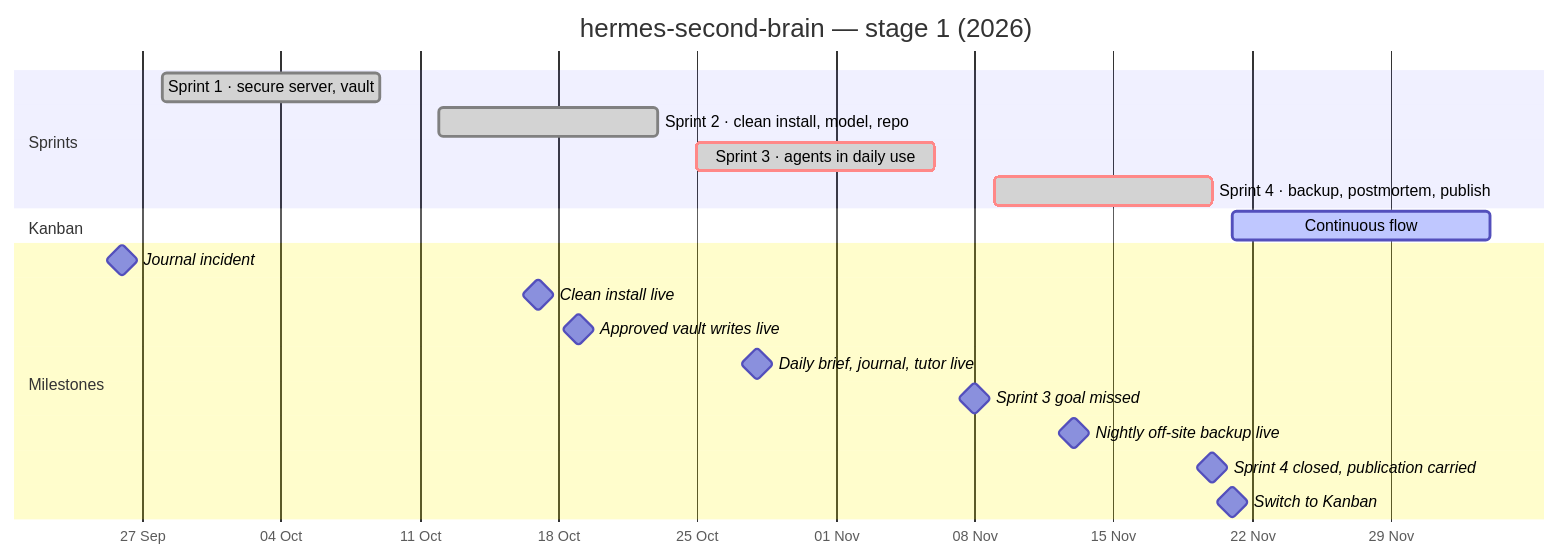
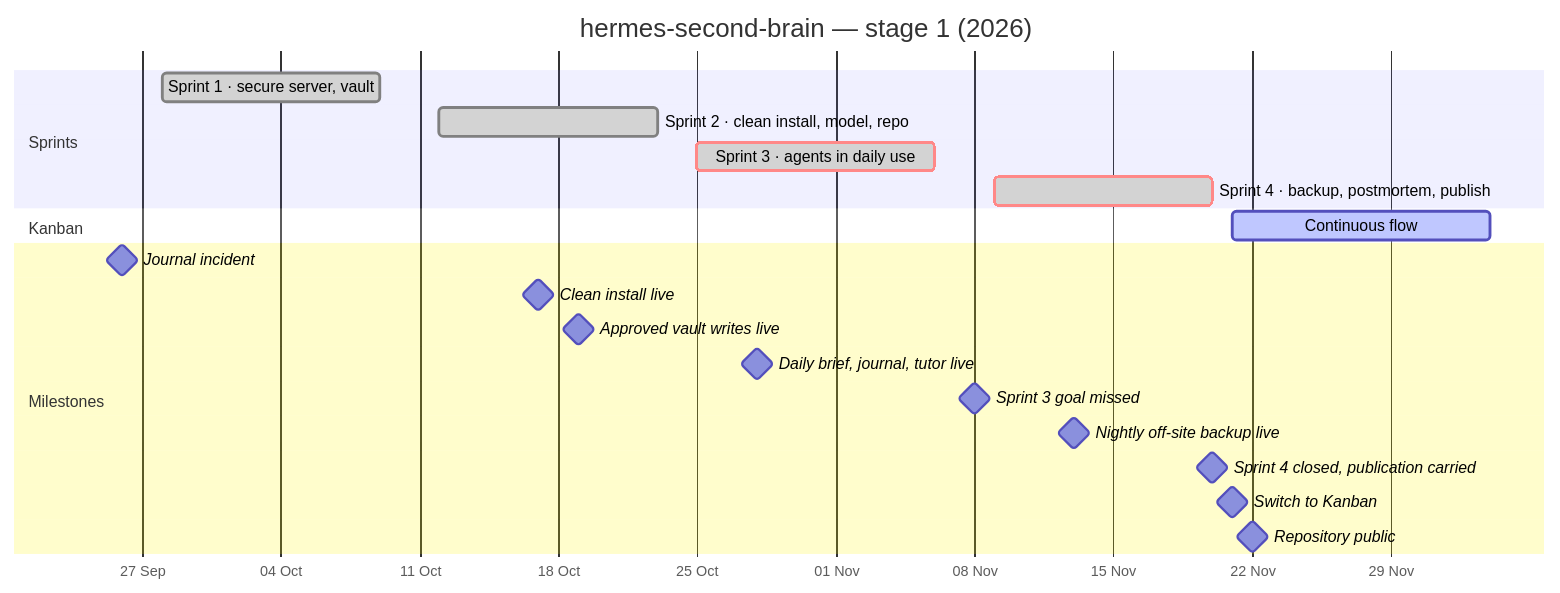
The diagram in docs/work-log.md (bartosz-szubert/hermes-second-brain), drawn with Mermaid before and after one commit. The commit also changed other lines of this file and 2 other files, not shown here.

Commit message:
Mark stage 1 as closed
The repository is public, so the last open exit criterion is met:
status badge, roadmap criteria and work log updated.

Claude-Session: https://claude.ai/code/session_01C5nP29CnWMeUgjsXzUNpPW

````diff
--- a/docs/work-log.md
+++ b/docs/work-log.md
@@ -7,23 +7,24 @@
 ```mermaid
 gantt
     title hermes-second-brain — stage 1 (2026)
     dateFormat YYYY-MM-DD
     axisFormat %d %b
     todayMarker off
     section Sprints
     Sprint 1 · secure server, vault        :done, s1, 2026-09-28, 2026-10-09
     Sprint 2 · clean install, model, repo  :done, s2, 2026-10-12, 2026-10-23
     Sprint 3 · agents in daily use         :crit, done, s3, 2026-10-25, 2026-11-06
     Sprint 4 · backup, postmortem, publish :crit, done, s4, 2026-11-09, 2026-11-20
     section Kanban
     Continuous flow                        :active, k1, 2026-11-21, 2026-12-04
     section Milestones
     Journal incident                       :milestone, m1, 2026-09-26, 0d
     Clean install live                     :milestone, m2, 2026-10-17, 0d
     Approved vault writes live             :milestone, m3, 2026-10-19, 0d
     Daily brief, journal, tutor live       :milestone, m4, 2026-10-28, 0d
     Sprint 3 goal missed                   :milestone, m5, 2026-11-08, 0d
     Nightly off-site backup live           :milestone, m6, 2026-11-13, 0d
     Sprint 4 closed, publication carried   :milestone, m7, 2026-11-20, 0d
     Switch to Kanban                       :milestone, m8, 2026-11-21, 0d
+    Repository public                      :milestone, m9, 2026-11-22, 0d
 ```
````
